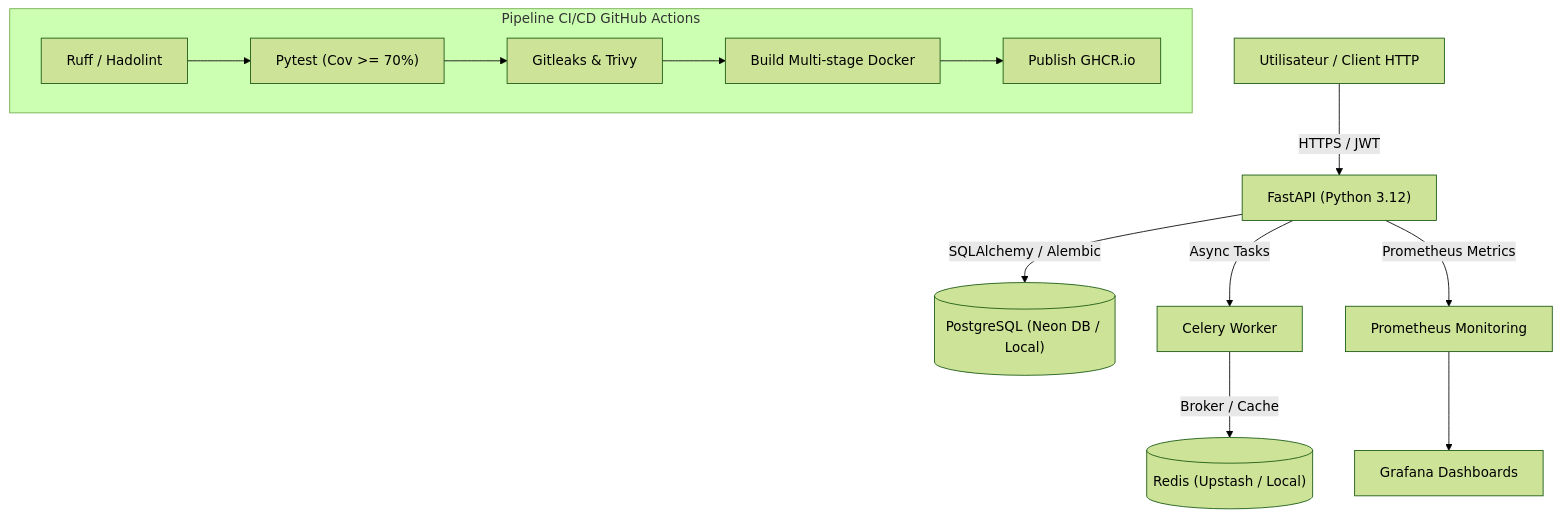
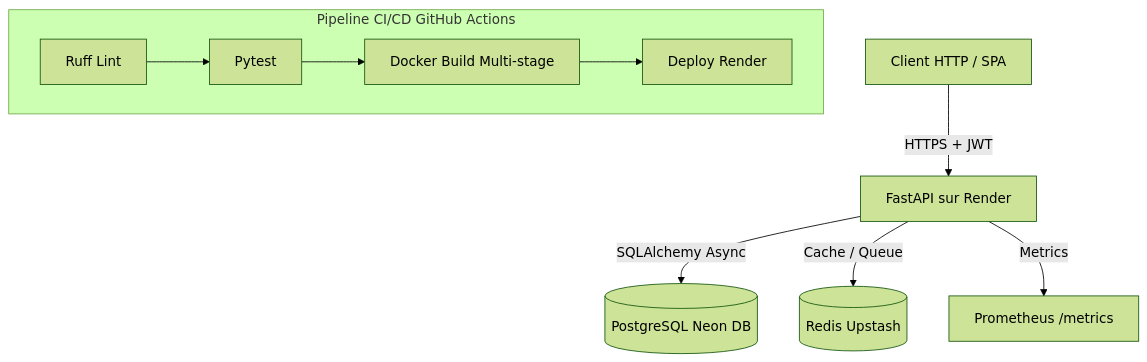
Before and after one commit to fatimaezzahraerabia/devops-backend-logbook: the diagram in docs/index.md, drawn with Mermaid (forest theme). The commit also changed other lines of this file, not shown here.

````diff
--- a/docs/index.md
+++ b/docs/index.md
@@ -29,16 +145,13 @@
 ```mermaid
 graph TD
-    User["Utilisateur / Client HTTP"] -->|HTTPS / JWT| API["FastAPI (Python 3.12)"]
-    API -->|SQLAlchemy / Alembic| DB[("PostgreSQL (Neon DB / Local)")]
-    API -->|Async Tasks| Celery["Celery Worker"]
-    Celery -->|Broker / Cache| Redis[("Redis (Upstash / Local)")]
-    API -->|Prometheus Metrics| Prom["Prometheus Monitoring"]
-    Prom --> Grafana["Grafana Dashboards"]
-    
-    subgraph CI_CD ["Pipeline CI/CD GitHub Actions"]
-        Lint["Ruff / Hadolint"] --> Test["Pytest (Cov >= 70%)"]
-        Test --> SecScan["Gitleaks & Trivy"]
-        SecScan --> DockerBuild["Build Multi-stage Docker"]
-        DockerBuild --> PushGHCR["Publish GHCR.io"]
+    Client["Client HTTP / SPA"] -->|HTTPS + JWT| API["FastAPI sur Render"]
+    API -->|SQLAlchemy Async| DB[("PostgreSQL Neon DB")]
+    API -->|Cache / Queue| Redis[("Redis Upstash")]
+    API -->|Metrics| Prom["Prometheus /metrics"]
+
+    subgraph CICD ["Pipeline CI/CD GitHub Actions"]
+        Lint["Ruff Lint"] --> Tests["Pytest"]
+        Tests --> Build["Docker Build Multi-stage"]
+        Build --> Deploy["Deploy Render"]
     end
 ```
````
